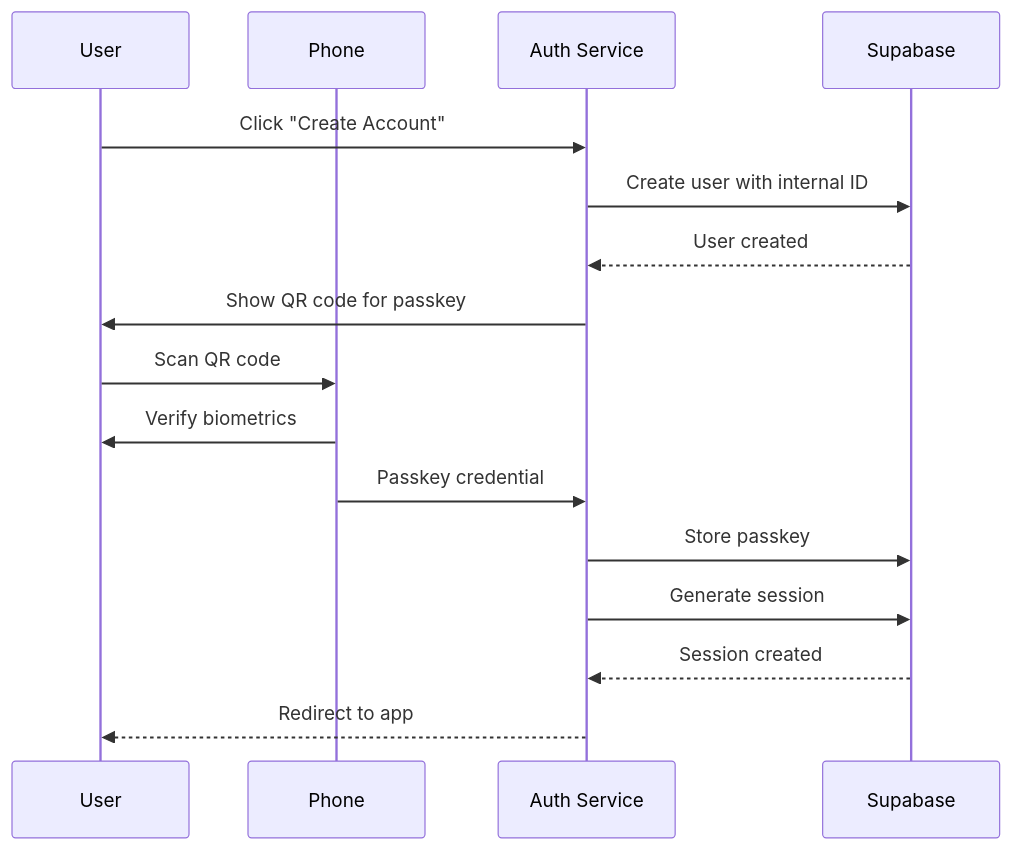
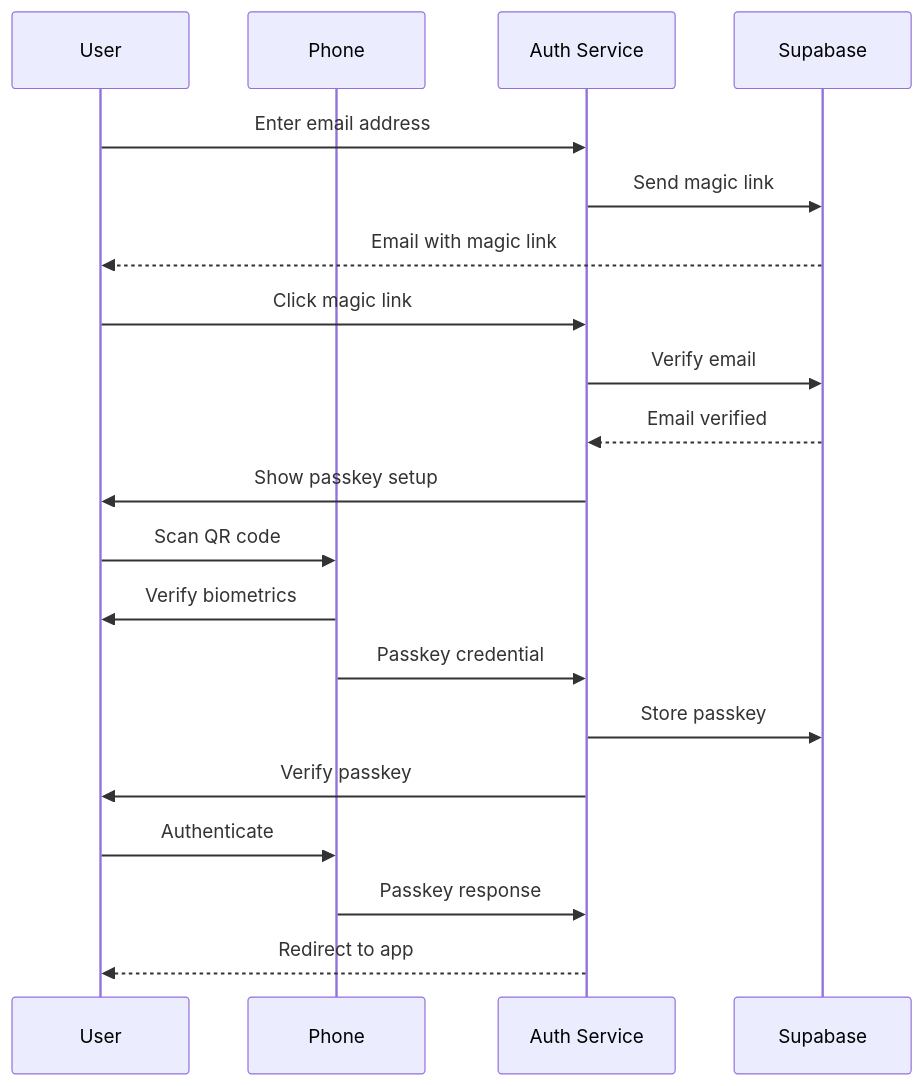
The first of 2 diagrams in README.md (CasparRubin/helvety-auth), drawn with Mermaid before and after one commit. The commit also changed other lines of this file and 53 other files, not shown here.

Commit message:
feat: add encryption setup, testing infrastructure, and email templates

````diff
--- a/README.md
+++ b/README.md
@@ -34,19 +35,23 @@
 ```mermaid
 sequenceDiagram
     participant U as User
     participant P as Phone
     participant A as Auth Service
     participant S as Supabase
 
-    U->>A: Click "Create Account"
-    A->>S: Create user with internal ID
-    S-->>A: User created
-    A->>U: Show QR code for passkey
+    U->>A: Enter email address
+    A->>S: Send magic link
+    S-->>U: Email with magic link
+    U->>A: Click magic link
+    A->>S: Verify email
+    S-->>A: Email verified
+    A->>U: Show passkey setup
     U->>P: Scan QR code
     P->>U: Verify biometrics
     P->>A: Passkey credential
     A->>S: Store passkey
-    A->>S: Generate session
-    S-->>A: Session created
+    A->>U: Verify passkey
+    U->>P: Authenticate
+    P->>A: Passkey response
     A-->>U: Redirect to app
 ```
````
